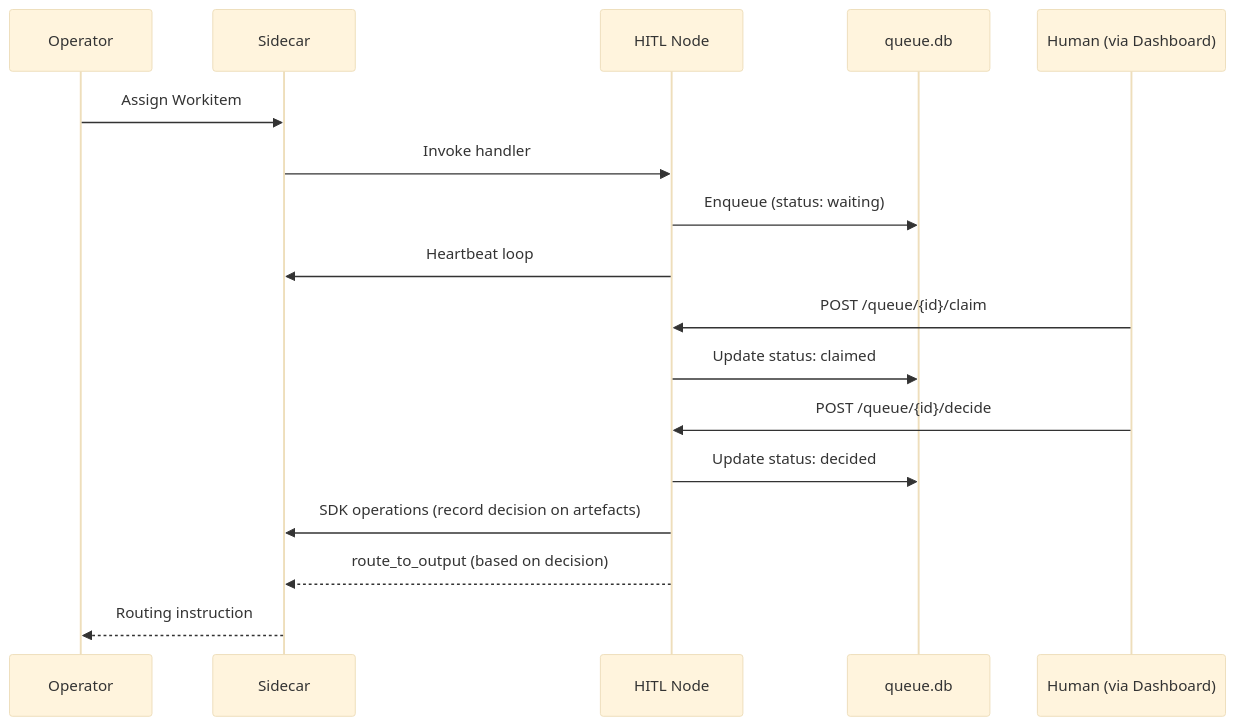
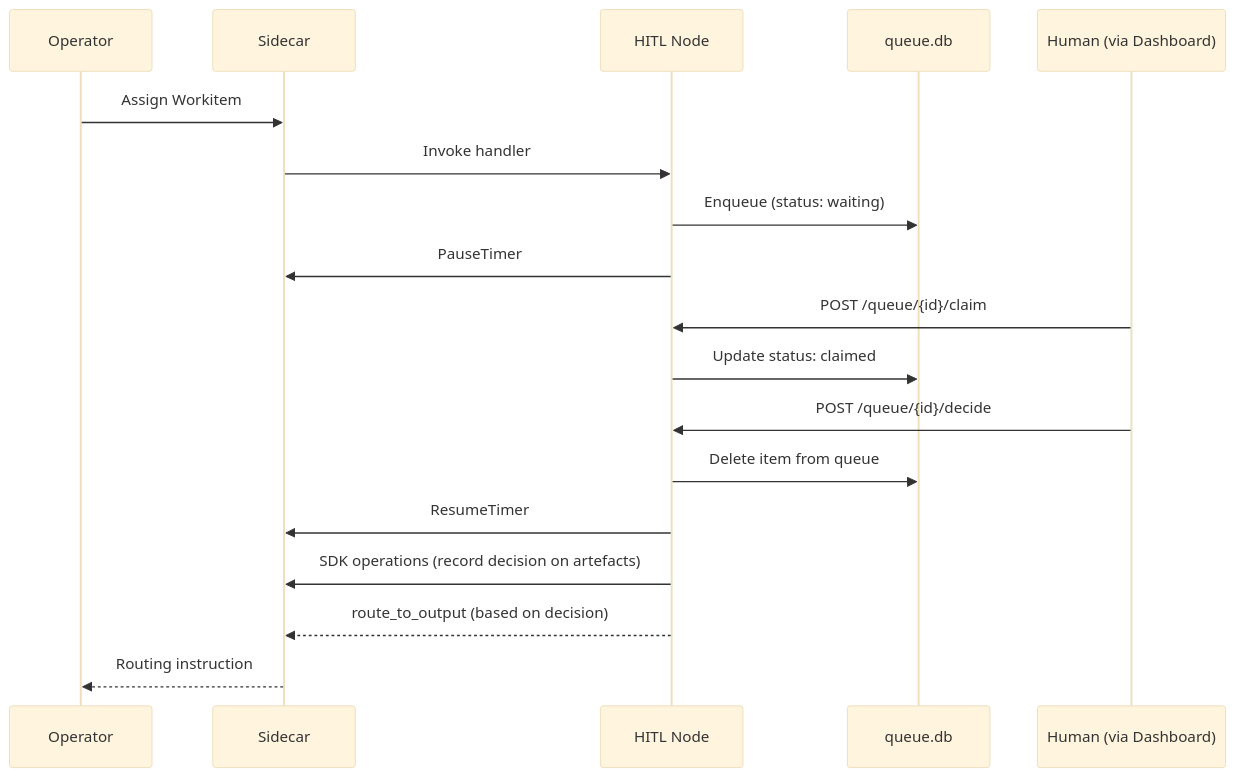
Before and after one commit to really-knows-ai/gideas: the first of 3 diagrams in specs/04-sdk/08-sdk-hitl.md, drawn with Mermaid (base theme). The commit also changed other lines of this file and 22 other files, not shown here.

````diff
--- a/specs/04-sdk/08-sdk-hitl.md
+++ b/specs/04-sdk/08-sdk-hitl.md
@@ -11,20 +11,21 @@
 ```mermaid
 sequenceDiagram
     participant OP as Operator
     participant SC as Sidecar
     participant ND as HITL Node
     participant DB as queue.db
     participant HU as Human (via Dashboard)
 
     OP->>SC: Assign Workitem
     SC->>ND: Invoke handler
     ND->>DB: Enqueue (status: waiting)
-    ND->>SC: Heartbeat loop
+    ND->>SC: PauseTimer
     HU->>ND: POST /queue/{id}/claim
     ND->>DB: Update status: claimed
     HU->>ND: POST /queue/{id}/decide
-    ND->>DB: Update status: decided
+    ND->>DB: Delete item from queue
+    ND->>SC: ResumeTimer
     ND->>SC: SDK operations (record decision on artefacts)
     ND-->>SC: route_to_output (based on decision)
     SC-->>OP: Routing instruction
 ```
````
